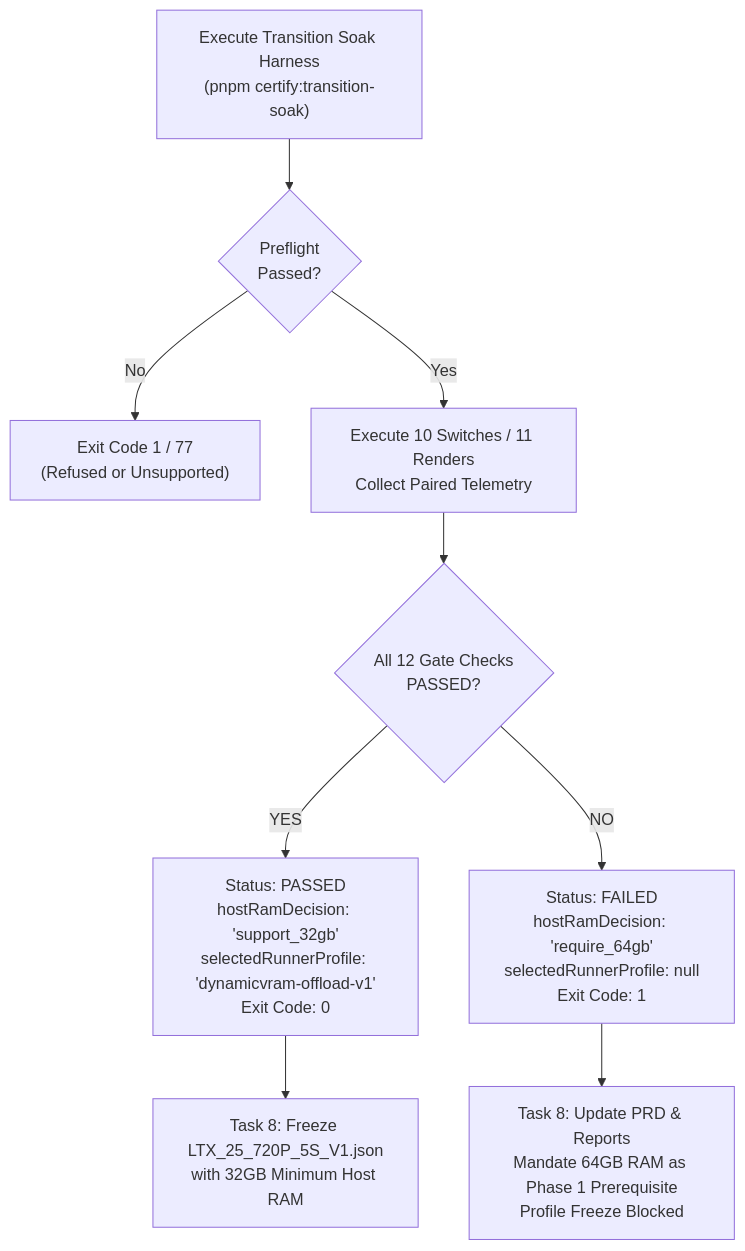
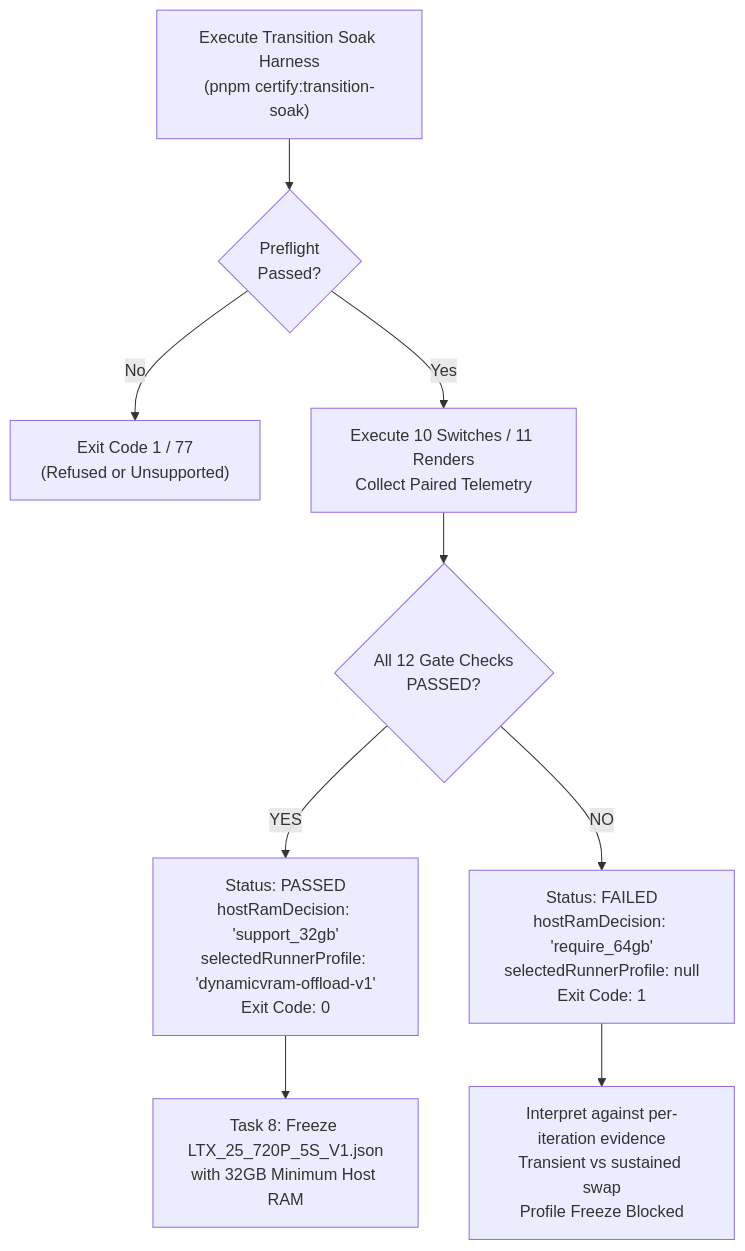
Before and after one commit to opsclawd/comfy-content-orchestrator: the second of 2 diagrams in docs/transition-soak-certification.md, drawn with Mermaid. The commit also changed other lines of this file and 11 other files, not shown here.

First line of the commit message:
feat(certification): record the FLUX↔LTX transition soak and Phase 1 host-RAM decision (#27) (#28)

````diff
--- a/docs/transition-soak-certification.md
+++ b/docs/transition-soak-certification.md
@@ -198,13 +198,13 @@
 ```mermaid
 flowchart TD
     Run["Execute Transition Soak Harness\n(pnpm certify:transition-soak)"] --> Preflight{"Preflight\nPassed?"}
     Preflight -- No --> FailCode1["Exit Code 1 / 77\n(Refused or Unsupported)"]
     Preflight -- Yes --> Exec["Execute 10 Switches / 11 Renders\nCollect Paired Telemetry"]
     Exec --> GateEval{"All 12 Gate Checks\nPASSED?"}
 
     GateEval -- YES --> PassBranch["Status: PASSED\nhostRamDecision: 'support_32gb'\nselectedRunnerProfile: 'dynamicvram-offload-v1'\nExit Code: 0"]
     PassBranch --> FreezeProfile["Task 8: Freeze LTX_25_720P_5S_V1.json\nwith 32GB Minimum Host RAM"]
 
     GateEval -- NO --> FailBranch["Status: FAILED\nhostRamDecision: 'require_64gb'\nselectedRunnerProfile: null\nExit Code: 1"]
-    FailBranch --> Upgrade64["Task 8: Update PRD & Reports\nMandate 64GB RAM as Phase 1 Prerequisite\nProfile Freeze Blocked"]
+    FailBranch --> Interpret["Interpret against per-iteration evidence\nTransient vs sustained swap\nProfile Freeze Blocked"]
 ```
````
